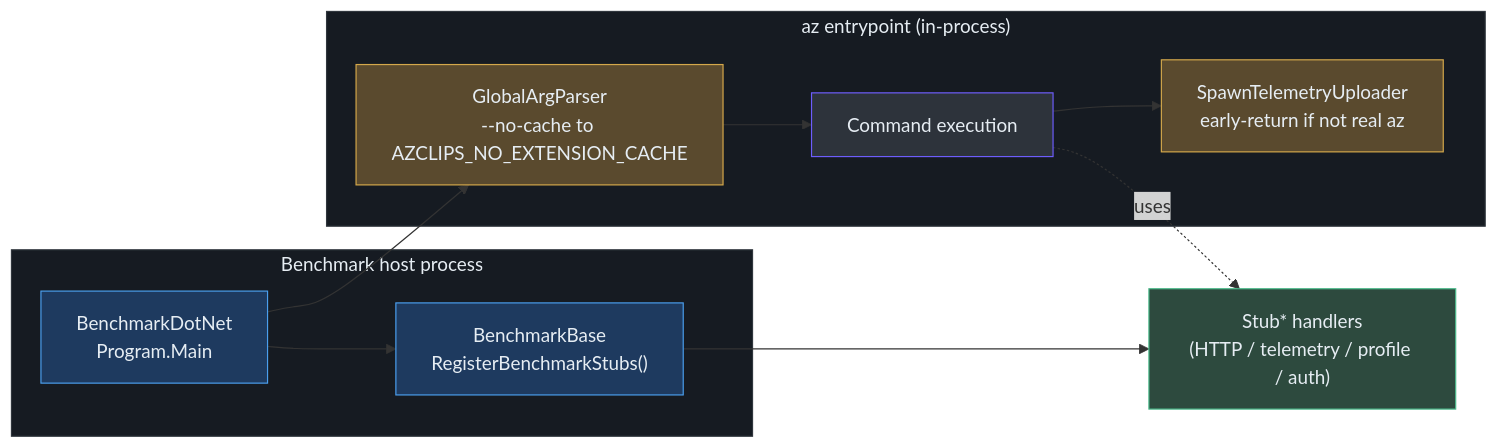
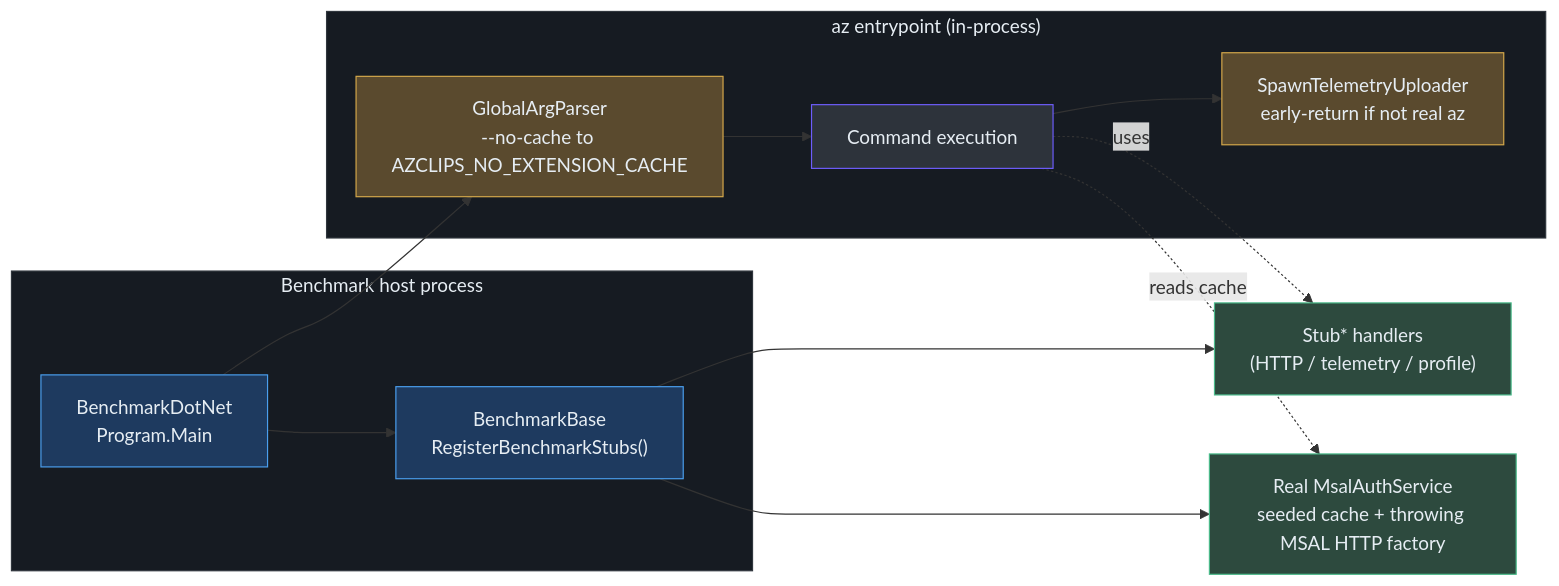
Before and after one commit to Azure/azclips: the second of 2 diagrams in wiki/02-deep-dive/testing-benchmarking.md, drawn with Mermaid. The commit also changed other lines of this file, not shown here.

Commit message:
docs: describe real MSAL cache IO in the benchmark harness

````diff
--- a/wiki/02-deep-dive/testing-benchmarking.md
+++ b/wiki/02-deep-dive/testing-benchmarking.md
@@ -103,24 +117,28 @@
 ```mermaid
 flowchart LR
     subgraph host["Benchmark host process"]
         BDN["BenchmarkDotNet<br>Program.Main"]
         BASE["BenchmarkBase<br>RegisterBenchmarkStubs()"]
     end
     subgraph cli["az entrypoint (in-process)"]
         NC["GlobalArgParser<br>--no-cache to AZCLIPS_NO_EXTENSION_CACHE"]
         RUN["Command execution"]
         TEL["SpawnTelemetryUploader<br>early-return if not real az"]
     end
-    STUBS["Stub* handlers<br>(HTTP / telemetry / profile / auth)"]
+    STUBS["Stub* handlers<br>(HTTP / telemetry / profile)"]
+    AUTH["Real MsalAuthService<br>seeded cache + throwing MSAL HTTP factory"]
     BDN --> BASE --> STUBS
+    BASE --> AUTH
     BDN --> NC --> RUN --> TEL
     RUN -.uses.-> STUBS
+    RUN -.reads cache.-> AUTH
     style host fill:#161b22,stroke:#30363d,color:#e6edf3
     style cli fill:#161b22,stroke:#30363d,color:#e6edf3
     style BDN fill:#1e3a5f,stroke:#4a9eed,color:#e6edf3
     style BASE fill:#1e3a5f,stroke:#4a9eed,color:#e6edf3
     style NC fill:#5a4a2e,stroke:#d4a84b,color:#e6edf3
     style TEL fill:#5a4a2e,stroke:#d4a84b,color:#e6edf3
     style RUN fill:#2d333b,stroke:#6d5dfc,color:#e6edf3
     style STUBS fill:#2d4a3e,stroke:#4aba8a,color:#e6edf3
+    style AUTH fill:#2d4a3e,stroke:#4aba8a,color:#e6edf3
 ```
````
